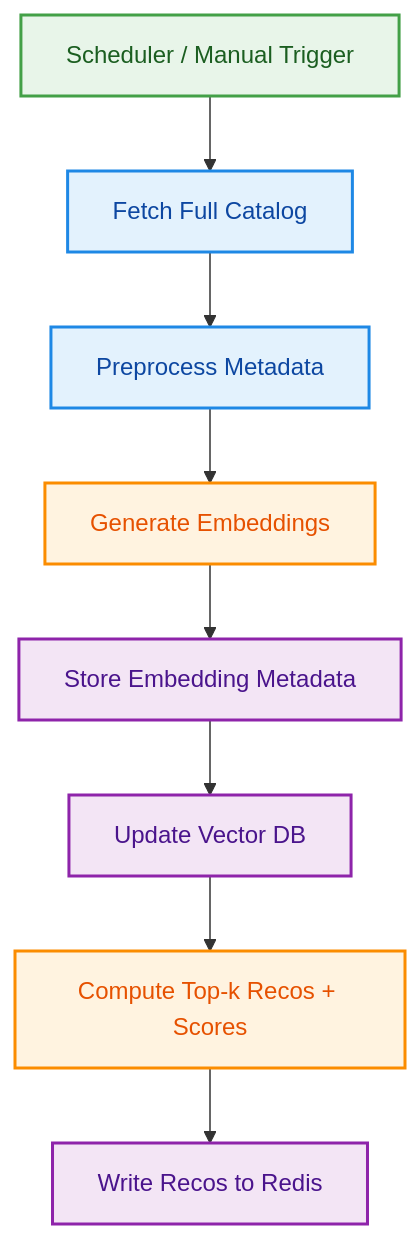
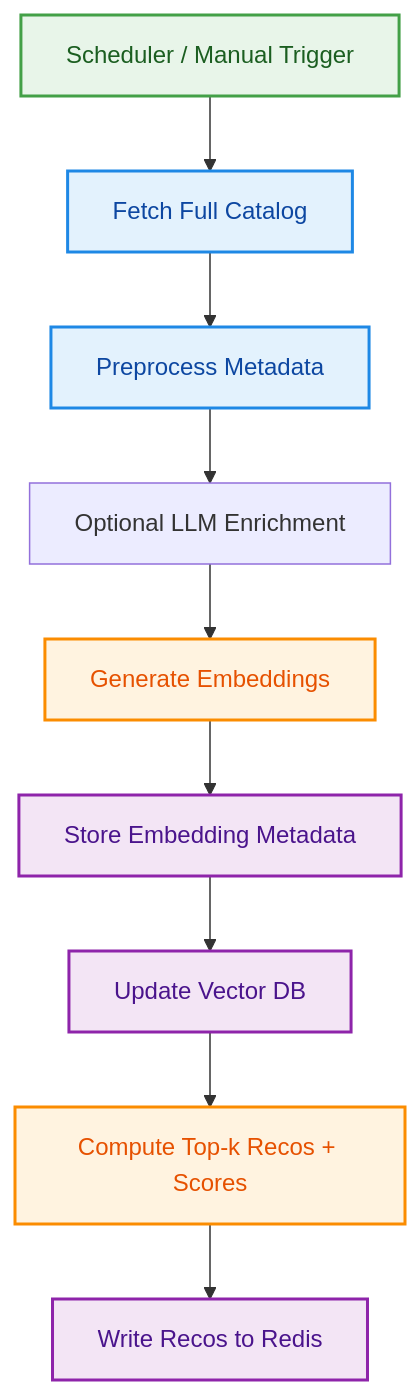
The first of 3 diagrams in docs/source/workflows.md (datagems-eosc/dataset-recsys), drawn with Mermaid before and after one commit. The commit also changed other lines of this file and 1 other file, not shown here.

Commit message:
> update docs to include llm enrichment step

````diff
--- a/docs/source/workflows.md
+++ b/docs/source/workflows.md
@@ -8,21 +8,22 @@
 ```mermaid
 %%{init: {'flowchart': {'nodeSpacing': 22, 'rankSpacing': 22, 'curve': 'linear'}, 'themeVariables': {'fontSize': '12px', 'lineColor': '#9E9E9E', 'edgeLabelBackground':'#ffffff', 'primaryBorderColor':'#BDBDBD', 'clusterBorder':'#E0E0E0', 'lineWidth':'0\.9px'}}}%%
 flowchart TB
     A[Scheduler / Manual Trigger] --> B[Fetch Full Catalog]
     B --> C[Preprocess Metadata]
-    C --> D[Generate Embeddings]
+    C --> X[Optional LLM Enrichment]
+    X --> D[Generate Embeddings]
     D --> E[Store Embedding Metadata]
     E --> F[Update Vector DB]
     F --> G[Compute Top-k Recos + Scores]
     G --> H[Write Recos to Redis]
 
     classDef trigger fill:#E8F5E9,stroke:#43A047,stroke-width:2px,color:#1B5E20;
     classDef prep fill:#E3F2FD,stroke:#1E88E5,stroke-width:2px,color:#0D47A1;
     classDef compute fill:#FFF3E0,stroke:#FB8C00,stroke-width:2px,color:#E65100;
     classDef storage fill:#F3E5F5,stroke:#8E24AA,stroke-width:2px,color:#4A148C;
 
     class A trigger;
     class B,C prep;
     class D,G compute;
     class E,F,H storage;
 ```
````
